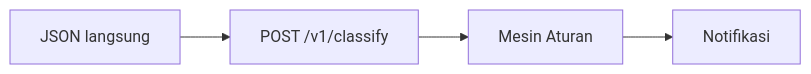
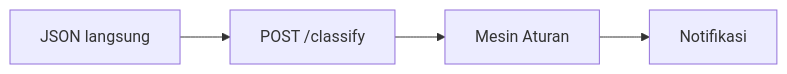
One commit to edo-z/classify-pump-failure changed the diagram in App/service/classification/docs/19-jalur-masuk-dan-peran.md. Above: the diagram before and after it, drawn with Mermaid. The commit also changed other lines of this file and 25 other files, not shown here.

First line of the commit message:
Refactor classification API endpoint from /v1/classify to /classify

````diff
--- a/App/service/classification/docs/19-jalur-masuk-dan-peran.md
+++ b/App/service/classification/docs/19-jalur-masuk-dan-peran.md
@@ -16,6 +16,6 @@
 ```mermaid
 flowchart LR
-    JSON[JSON langsung] --> V1[POST /v1/classify]
-    V1 --> ENG[Mesin Aturan]
+    JSON[JSON langsung] --> API[POST /classify]
+    API --> ENG[Mesin Aturan]
     ENG --> NOTIF[Notifikasi]
 ```
````
